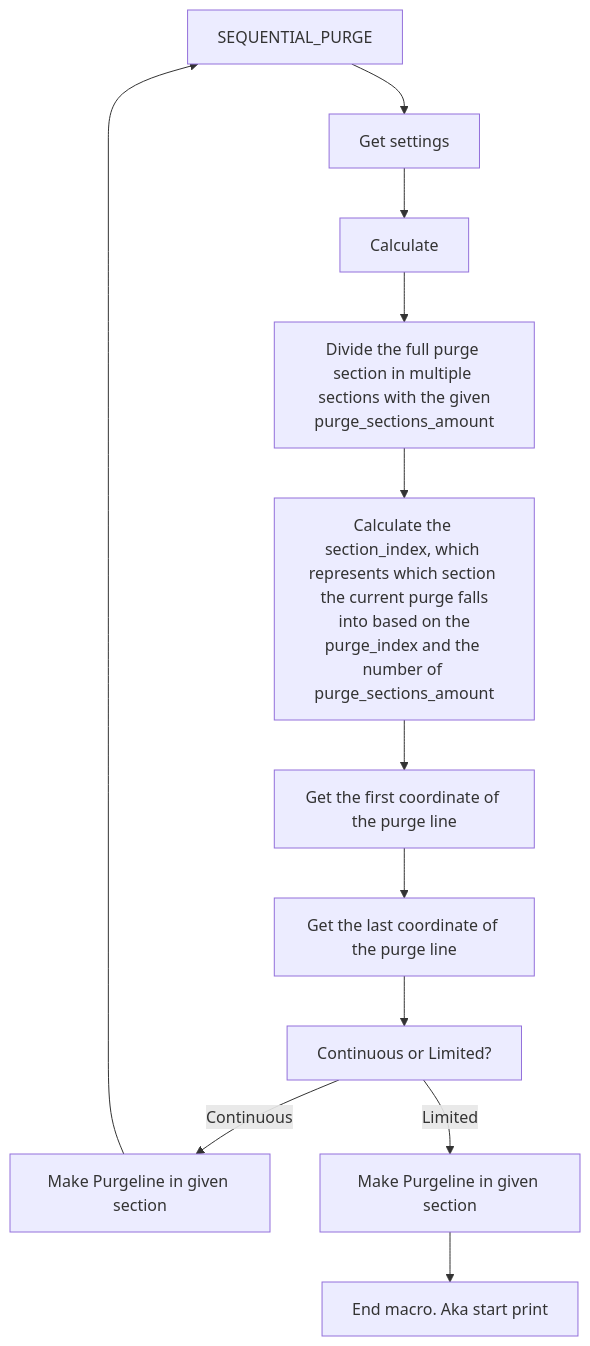
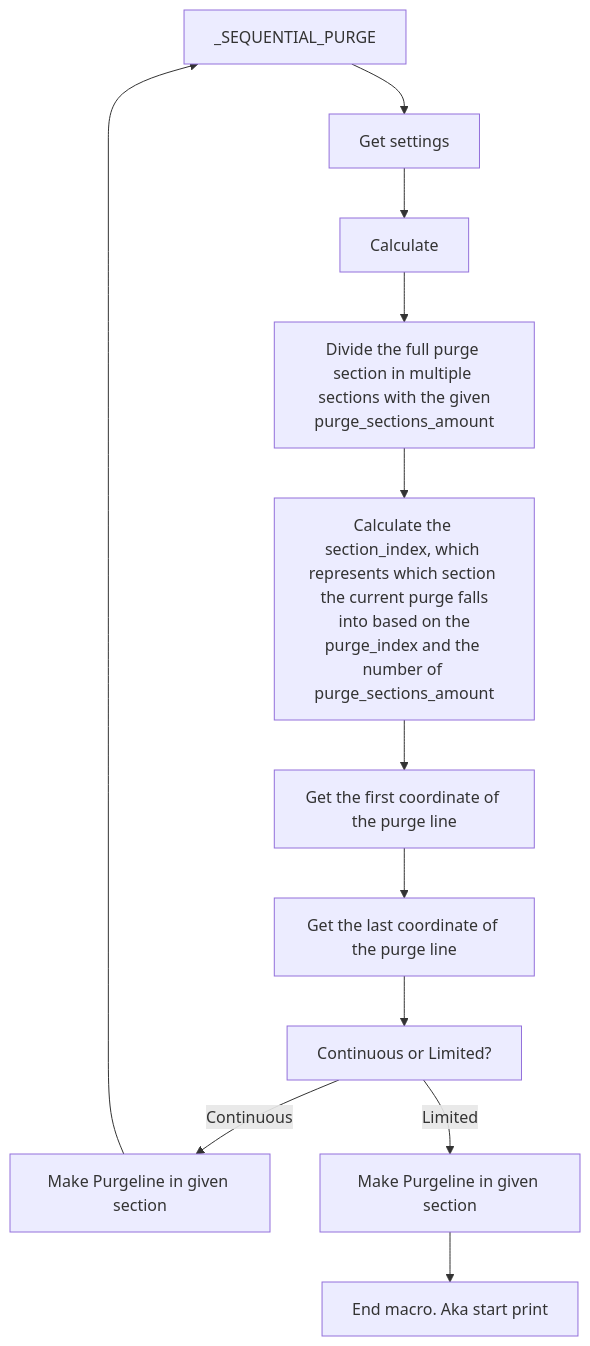
Before and after one commit to Department-of-Design/Kevins-Awesome-Macros: the diagram in sequential_purge/README.md, drawn with Mermaid. The commit also changed other lines of this file and 3 other files, not shown here.

````diff
--- a/sequential_purge/README.md
+++ b/sequential_purge/README.md
@@ -125,13 +125,13 @@
 ```mermaid
 flowchart TD
-    A[SEQUENTIAL_PURGE] --> 
+    A[_SEQUENTIAL_PURGE] --> 
     B[Get settings] --> 
     C[Calculate]--> 
     D[Divide the full purge section in multiple \n sections with the given purge_sections_amount] -->
     E[Calculate the section_index, which \nrepresents which section the current purge falls\n into based on the purge_index and the \nnumber of purge_sections_amount]--> 
     F[Get the first coordinate of the purge line]--> 
     G[Get the last coordinate of the purge line]--> 
     H[Continuous or Limited?]
     H --> |Continuous|I[Make Purgeline in given section] --> A
     H --> |Limited|J[Make Purgeline in given section] --> K[End macro. Aka start print]
 ```
````
